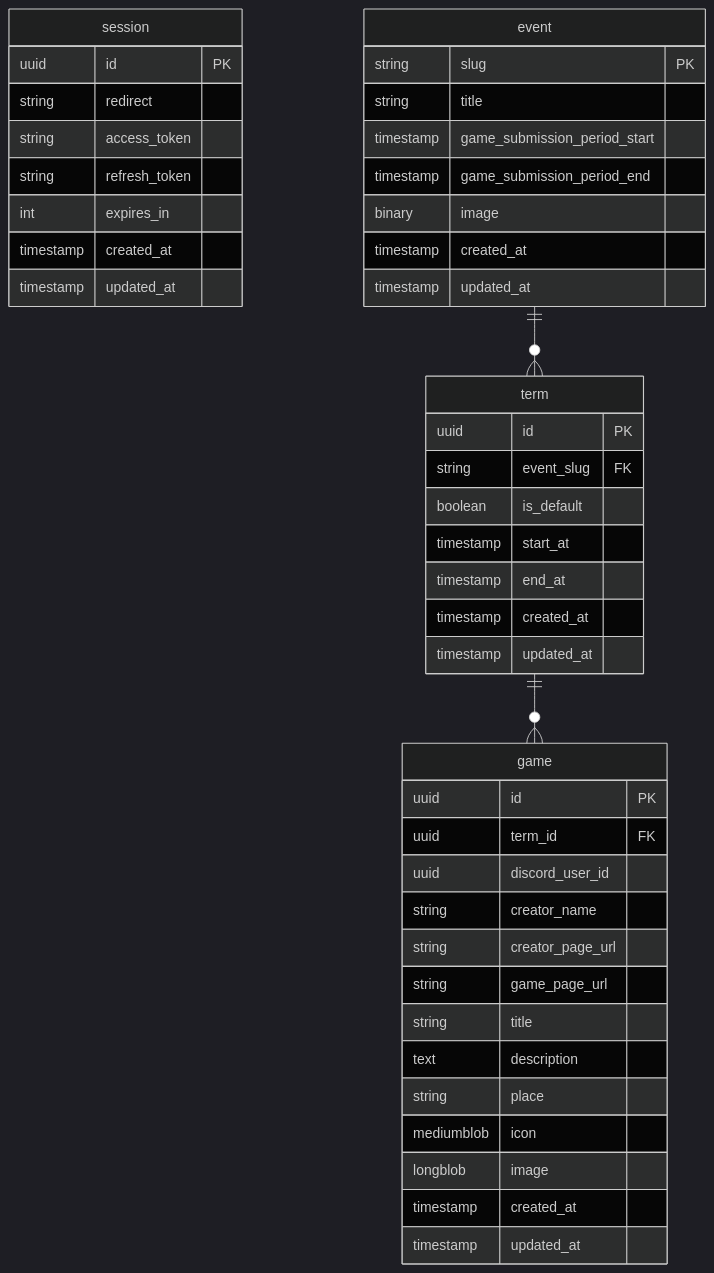
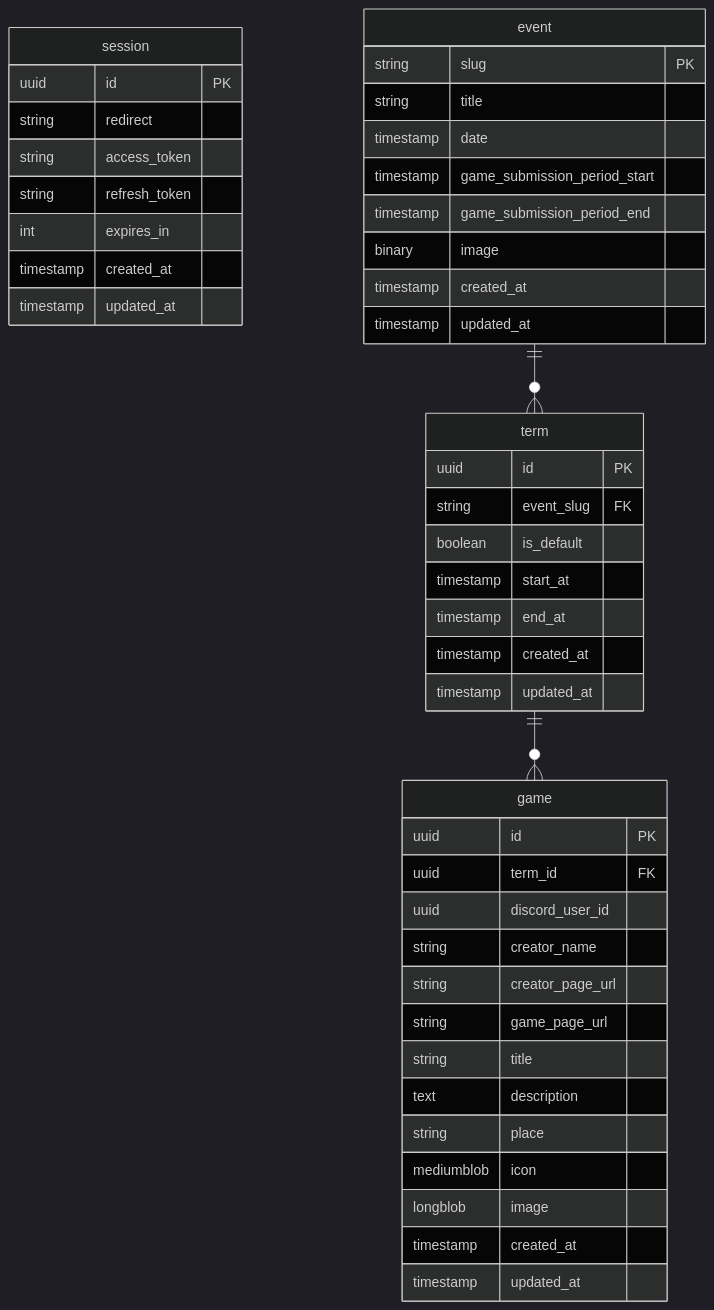
The diagram in docs/db_schema.mmd (traPtitech/game3-back), drawn with Mermaid (dark theme) before and after one commit. The commit also changed 5 other files, not shown here.

```diff
--- a/docs/db_schema.mmd
+++ b/docs/db_schema.mmd
@@ -1,49 +1,50 @@
 erDiagram
     session {
         uuid id PK
         string redirect
         string access_token
         string refresh_token
         int expires_in
         timestamp created_at
         timestamp updated_at
     }
 
     event {
         string slug PK
         string title
+        timestamp date
         timestamp game_submission_period_start
         timestamp game_submission_period_end
         binary image
         timestamp created_at
         timestamp updated_at
     }
 
     term {
         uuid id PK
         string event_slug FK
         boolean is_default
         timestamp start_at
         timestamp end_at
         timestamp created_at
         timestamp updated_at
     }
 
     game {
         uuid id PK
         uuid term_id FK
         uuid discord_user_id
         string creator_name
         string creator_page_url
         string game_page_url
         string title
         text description
         string place
         mediumblob icon
         longblob image
         timestamp created_at
         timestamp updated_at
     }
 
     event ||--o{ term : ""
     term ||--o{ game : ""
```
